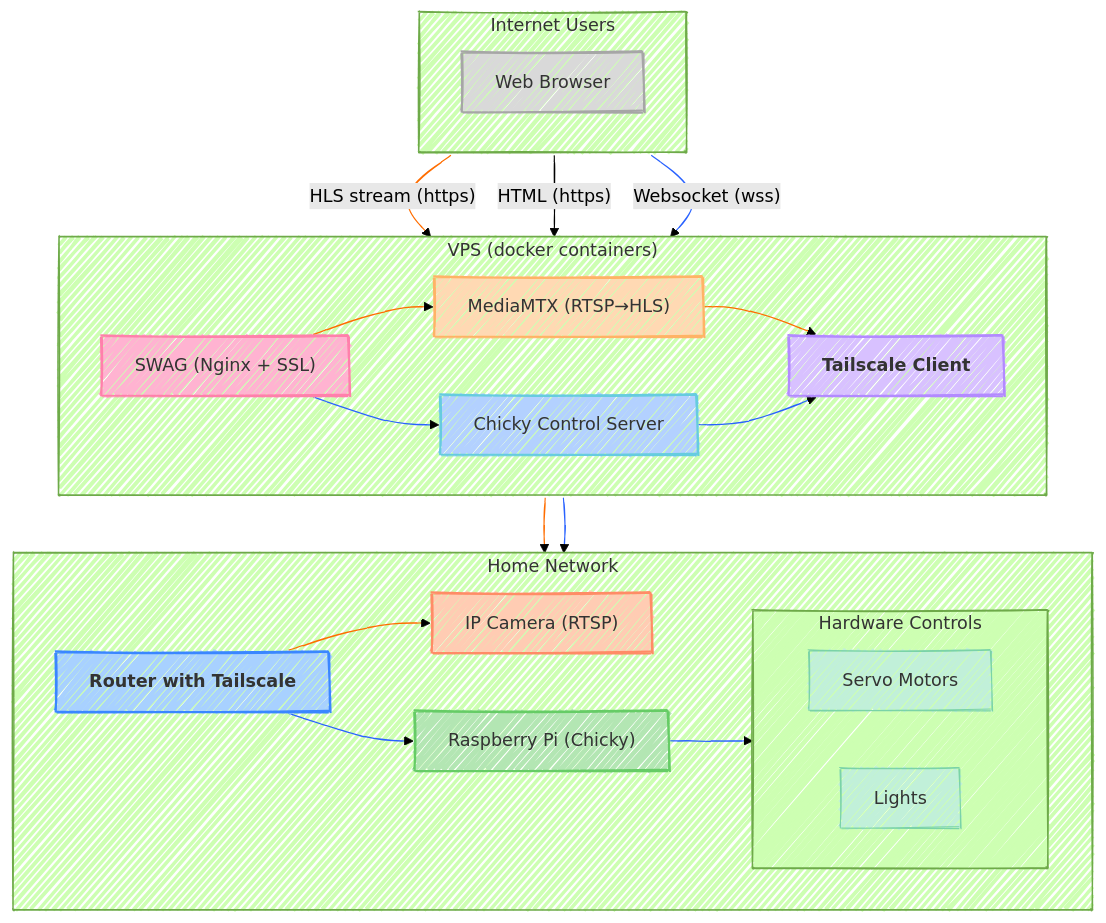
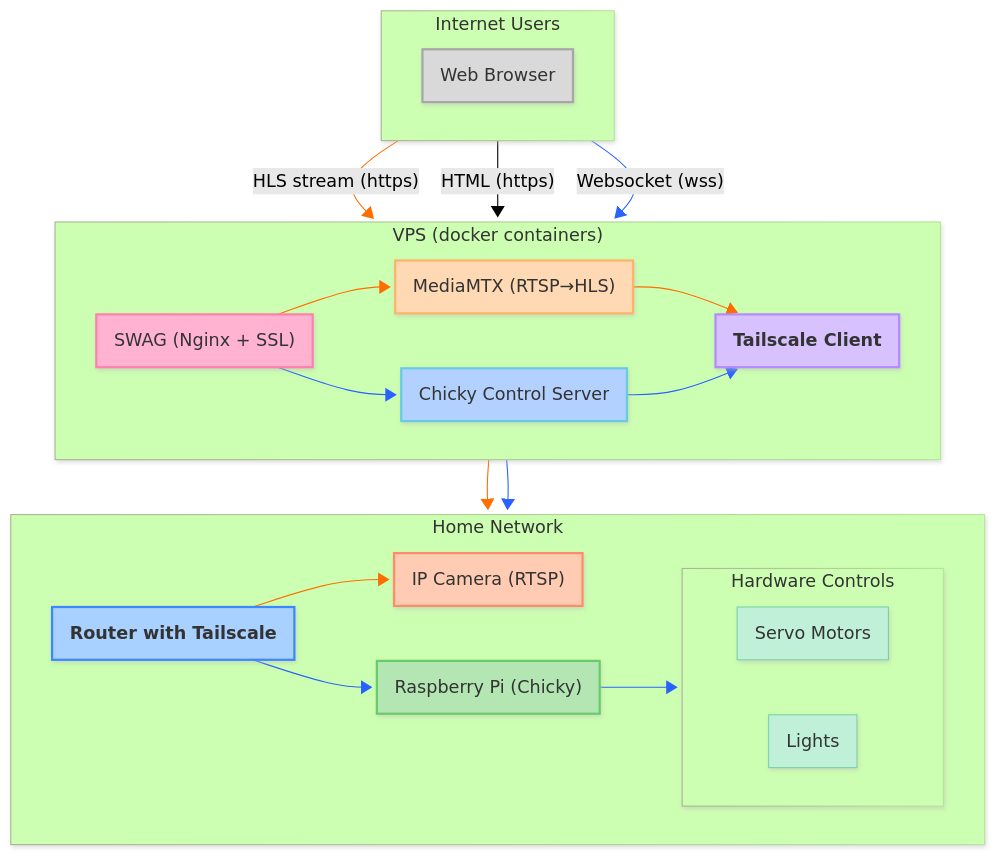
Before and after one commit to lmacka/chickenfeed: the first of 2 diagrams in README.md, drawn with Mermaid (forest theme). The commit also changed other lines of this file, not shown here.

````diff
--- a/README.md
+++ b/README.md
@@ -39,74 +29,74 @@
 ```mermaid
 ---
 config:
   layout: dagre
-  look: handDrawn
+  look: neo
 ---
 flowchart TD
  subgraph Users["Internet Users"]
     direction LR
         Viewers["Web Browser"]
   end
  subgraph VPS["VPS (docker containers)"]
     direction LR
         VPSTailscale["Tailscale Client"]
         MediaMTX["MediaMTX (RTSP→HLS)"]
         SWAG["SWAG (Nginx + SSL)"]
         ChickyControl["Chicky Control Server"]
   end
  subgraph Hardware["Hardware Controls"]
     direction LR
         Servos["Servo Motors"]
         Lights["Lights"]
   end
  subgraph HomeNet["Home Network"]
     direction LR
         Router["Router with Tailscale"]
         Camera["IP Camera (RTSP)"]
         RaspPi["Raspberry Pi (Chicky)"]
         Hardware
   end
     RaspPi --> Hardware
     Users -- HLS stream (https) --> SWAG
     SWAG --> MediaMTX & ChickyControl
     MediaMTX --> VPSTailscale
     VPSTailscale --> Router & Router
     Router --> Camera & RaspPi
     Users -- HTML (https) --> SWAG
     Users -- Websocket (wss) --> SWAG
     ChickyControl --> VPSTailscale
      Viewers:::viewerNode
      VPSTailscale:::tailscaleNode
      MediaMTX:::mediaNode
      SWAG:::swagNode
      ChickyControl:::controlNode
      Servos:::hardwareNode
      Lights:::hardwareNode
      Router:::routerNode
      Camera:::cameraNode
      RaspPi:::raspberryNode
     classDef routerNode fill:#a8d1ff,stroke:#3a87ff,stroke-width:2px,color:#333,font-weight:bold
     classDef cameraNode fill:#ffccb3,stroke:#ff8c66,stroke-width:2px,color:#333
     classDef raspberryNode fill:#b3e6b3,stroke:#66cc66,stroke-width:2px,color:#333
     classDef hardwareNode fill:#c1f0d9,stroke:#7ad3a7,stroke-width:1px,color:#333
     classDef tailscaleNode fill:#d8c1ff,stroke:#b38aff,stroke-width:2px,color:#333,font-weight:bold
     classDef mediaNode fill:#ffd9b3,stroke:#ffb366,stroke-width:2px,color:#333
     classDef swagNode fill:#ffb3d1,stroke:#ff80ab,stroke-width:2px,color:#333
     classDef controlNode fill:#b3e6f2,stroke:#66ccdf,stroke-width:2px,color:#333
     classDef viewerNode fill:#d9d9d9,stroke:#a6a6a6,stroke-width:2px,color:#333
     style VPSTailscale fill:#d8c1ff
     style ChickyControl fill:#b3d1ff
     style Router fill:#a8d1ff
     linkStyle 0 stroke:#2962FF,fill:none
     linkStyle 1 stroke:#FF6D00,fill:none
     linkStyle 2 stroke:#FF6D00,fill:none
     linkStyle 3 stroke:#2962FF,fill:none
     linkStyle 4 stroke:#FF6D00,fill:none
     linkStyle 5 stroke:#FF6D00,fill:none
     linkStyle 6 stroke:#2962FF,fill:none
     linkStyle 7 stroke:#FF6D00,fill:none
     linkStyle 8 stroke:#2962FF,fill:none
     linkStyle 10 stroke:#2962FF,fill:none
     linkStyle 11 stroke:#2962FF,fill:none
 
 ```
````
